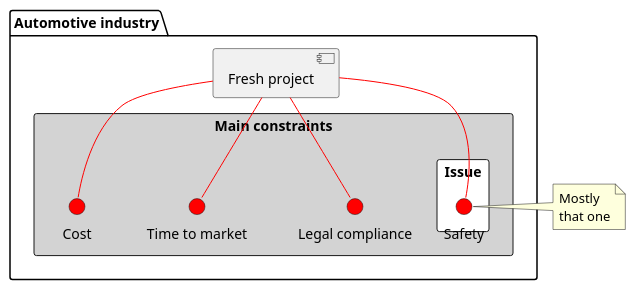
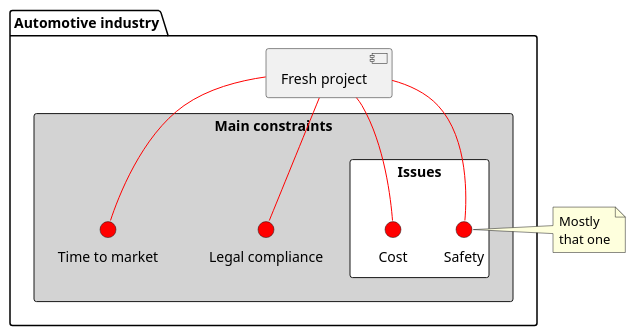
One commit to JBL-PhD/Presentations changed the diagram in 17072020/umls/main_project_constraints_01.puml. Above: the diagram before and after it, drawn with PlantUML. The commit also changed 4 other files, not shown here.

```diff
--- a/17072020/umls/main_project_constraints_01.puml
+++ b/17072020/umls/main_project_constraints_01.puml
@@ -1,24 +1,24 @@
 @startuml
 
 package "Automotive industry" {
 
     rectangle "Main constraints" #LightGray {
         () "Legal compliance" as LC #Red
         () "Time to market" as TTM #Red
+
+        rectangle "Issues" #White {
         () "Cost" as C #Red
-
-        rectangle "Issue" #White {
             () "Safety" as S #Red
         }
     }
     
     [Fresh project] -down- TTM #Red
     [Fresh project] -down- S #Red
     [Fresh project] -down- LC #Red
     [Fresh project] -down- C #Red
 
 }
 
 note right of S : Mostly\nthat one
  
 @enduml
```
